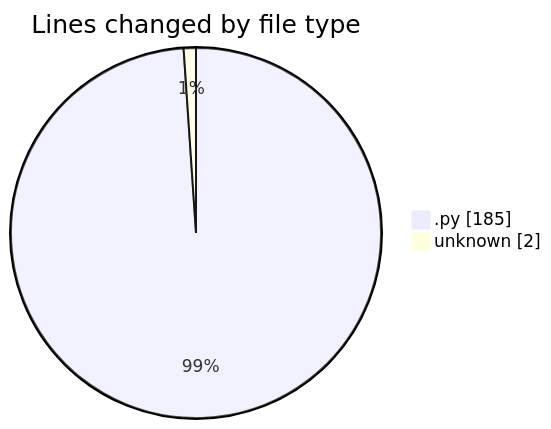
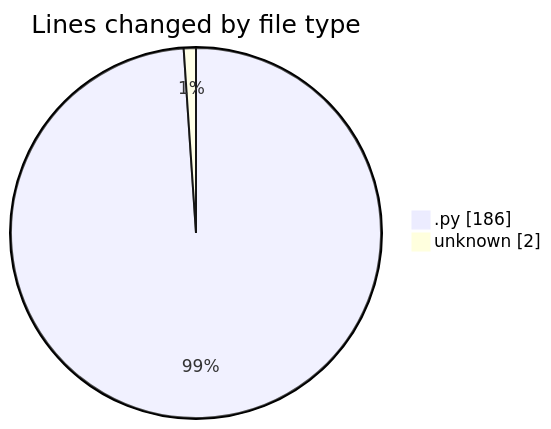
One commit to CELIANVF/code-tracking changed the first of 2 diagrams in 2025-01-21/monteur_automatique/README.md. Above: the diagram before and after it, drawn with Mermaid. The commit also changed other lines of this file and 1 other file, not shown here.

````diff
--- a/2025-01-21/monteur_automatique/README.md
+++ b/2025-01-21/monteur_automatique/README.md
@@ -23,6 +23,6 @@
 ```mermaid
 pie showData
 title Lines changed by file type
-".py" : 185
+".py" : 186
 "unknown" : 2
 ```
````
